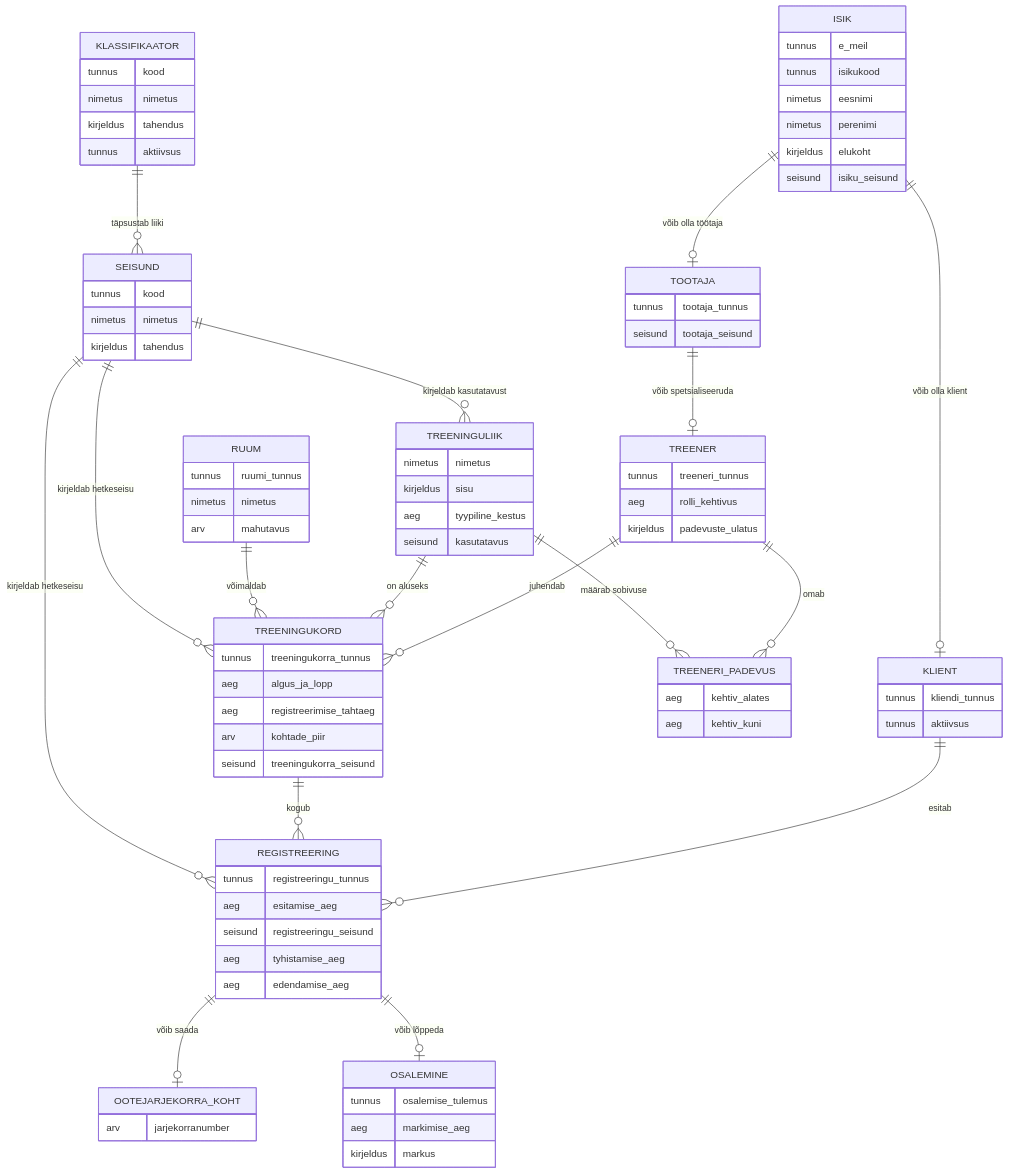
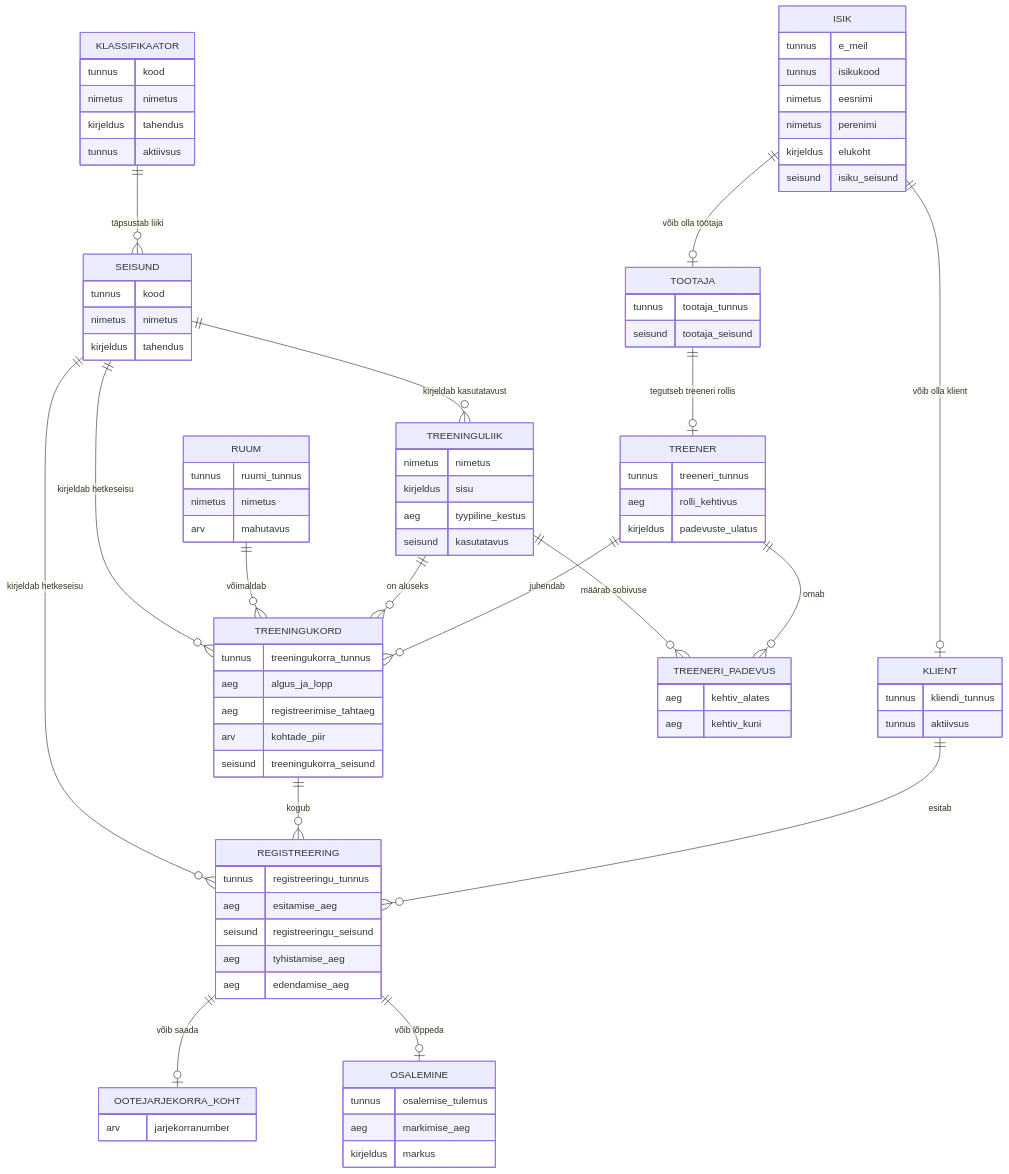
One commit to tamkivi/andmebaasid-projekt changed the diagram in diagrams/03_core_er.mmd. Above: the diagram before and after it, drawn with Mermaid. The commit also changed 32 other files, not shown here.

```diff
--- a/diagrams/03_core_er.mmd
+++ b/diagrams/03_core_er.mmd
@@ -1,87 +1,87 @@
 erDiagram
     ISIK ||--o| TOOTAJA : "võib olla töötaja"
     ISIK ||--o| KLIENT : "võib olla klient"
-    TOOTAJA ||--o| TREENER : "võib spetsialiseeruda"
+    TOOTAJA ||--o| TREENER : "tegutseb treeneri rollis"
     TREENER ||--o{ TREENINGUKORD : "juhendab"
     TREENER ||--o{ TREENERI_PADEVUS : "omab"
     TREENINGULIIK ||--o{ TREENERI_PADEVUS : "määrab sobivuse"
     KLIENT ||--o{ REGISTREERING : "esitab"
     TREENINGUKORD ||--o{ REGISTREERING : "kogub"
     REGISTREERING ||--o| OOTEJARJEKORRA_KOHT : "võib saada"
     REGISTREERING ||--o| OSALEMINE : "võib lõppeda"
     TREENINGULIIK ||--o{ TREENINGUKORD : "on aluseks"
     RUUM ||--o{ TREENINGUKORD : "võimaldab"
     KLASSIFIKAATOR ||--o{ SEISUND : "täpsustab liiki"
     SEISUND ||--o{ REGISTREERING : "kirjeldab hetkeseisu"
     SEISUND ||--o{ TREENINGUKORD : "kirjeldab hetkeseisu"
     SEISUND ||--o{ TREENINGULIIK : "kirjeldab kasutatavust"
 
     ISIK {
         tunnus e_meil
         tunnus isikukood
         nimetus eesnimi
         nimetus perenimi
         kirjeldus elukoht
         seisund isiku_seisund
     }
     TOOTAJA {
         tunnus tootaja_tunnus
         seisund tootaja_seisund
     }
     TREENER {
         tunnus treeneri_tunnus
         aeg rolli_kehtivus
         kirjeldus padevuste_ulatus
     }
     KLIENT {
         tunnus kliendi_tunnus
         tunnus aktiivsus
     }
     TREENINGUKORD {
         tunnus treeningukorra_tunnus
         aeg algus_ja_lopp
         aeg registreerimise_tahtaeg
         arv kohtade_piir
         seisund treeningukorra_seisund
     }
     REGISTREERING {
         tunnus registreeringu_tunnus
         aeg esitamise_aeg
         seisund registreeringu_seisund
         aeg tyhistamise_aeg
         aeg edendamise_aeg
     }
     OOTEJARJEKORRA_KOHT {
         arv jarjekorranumber
     }
     OSALEMINE {
         tunnus osalemise_tulemus
         aeg markimise_aeg
         kirjeldus markus
     }
     TREENINGULIIK {
         nimetus nimetus
         kirjeldus sisu
         aeg tyypiline_kestus
         seisund kasutatavus
     }
     TREENERI_PADEVUS {
         aeg kehtiv_alates
         aeg kehtiv_kuni
     }
     RUUM {
         tunnus ruumi_tunnus
         nimetus nimetus
         arv mahutavus
     }
     SEISUND {
         tunnus kood
         nimetus nimetus
         kirjeldus tahendus
     }
     KLASSIFIKAATOR {
         tunnus kood
         nimetus nimetus
         kirjeldus tahendus
         tunnus aktiivsus
     }
```
